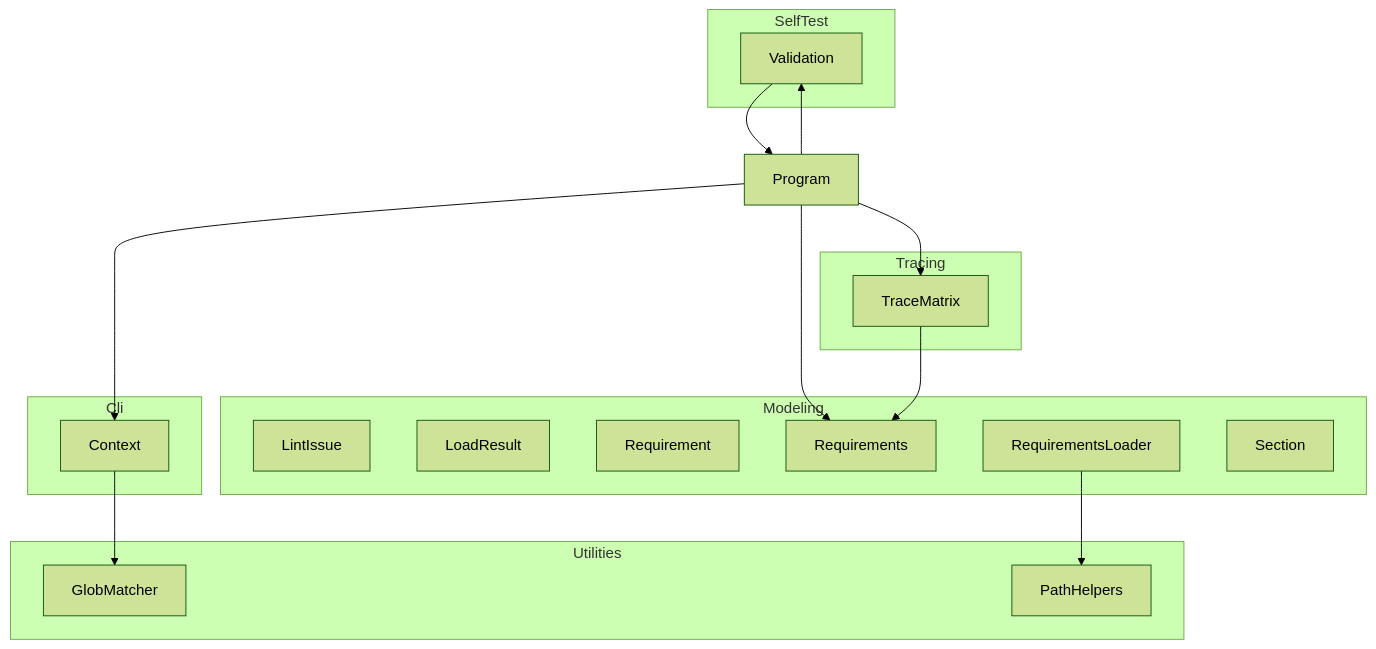
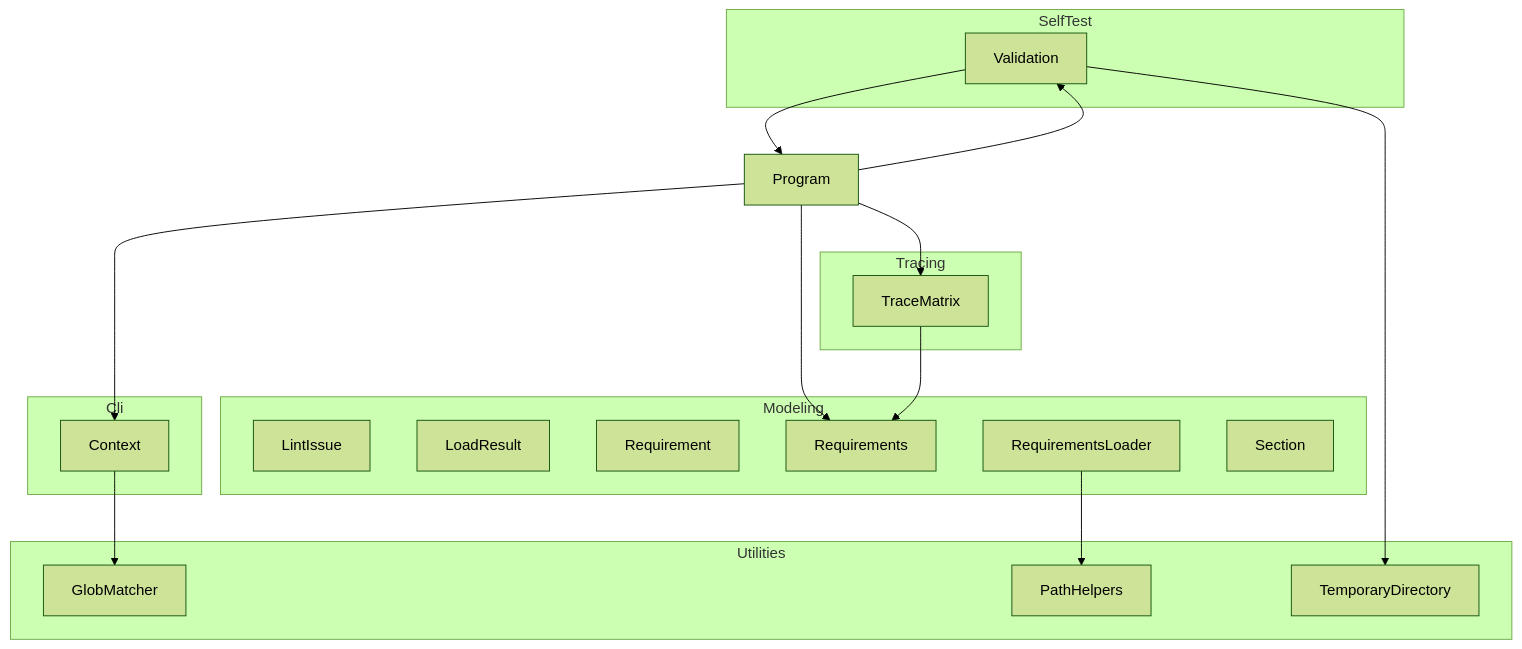
One commit to demaconsulting/ReqStream changed the first of 2 diagrams in docs/design/reqstream.md. Above: the diagram before and after it, drawn with Mermaid (forest theme). The commit also changed other lines of this file and 43 other files, not shown here.

````diff
--- a/docs/design/reqstream.md
+++ b/docs/design/reqstream.md
@@ -10,32 +10,34 @@
 ```mermaid
 flowchart TD
     subgraph Cli
         Context
     end
     subgraph Utilities
         GlobMatcher
         PathHelpers
+        TemporaryDirectory
     end
     subgraph Modeling
         LintIssue
         LoadResult
         Requirement
         Requirements
         RequirementsLoader
         Section
     end
     subgraph Tracing
         TraceMatrix
     end
     subgraph SelfTest
         Validation
     end
     Program --> Context
     Program --> Validation
     Program --> Requirements
     Program --> TraceMatrix
     Context --> GlobMatcher
     RequirementsLoader --> PathHelpers
     TraceMatrix --> Requirements
     Validation --> Program
+    Validation --> TemporaryDirectory
 ```
````
